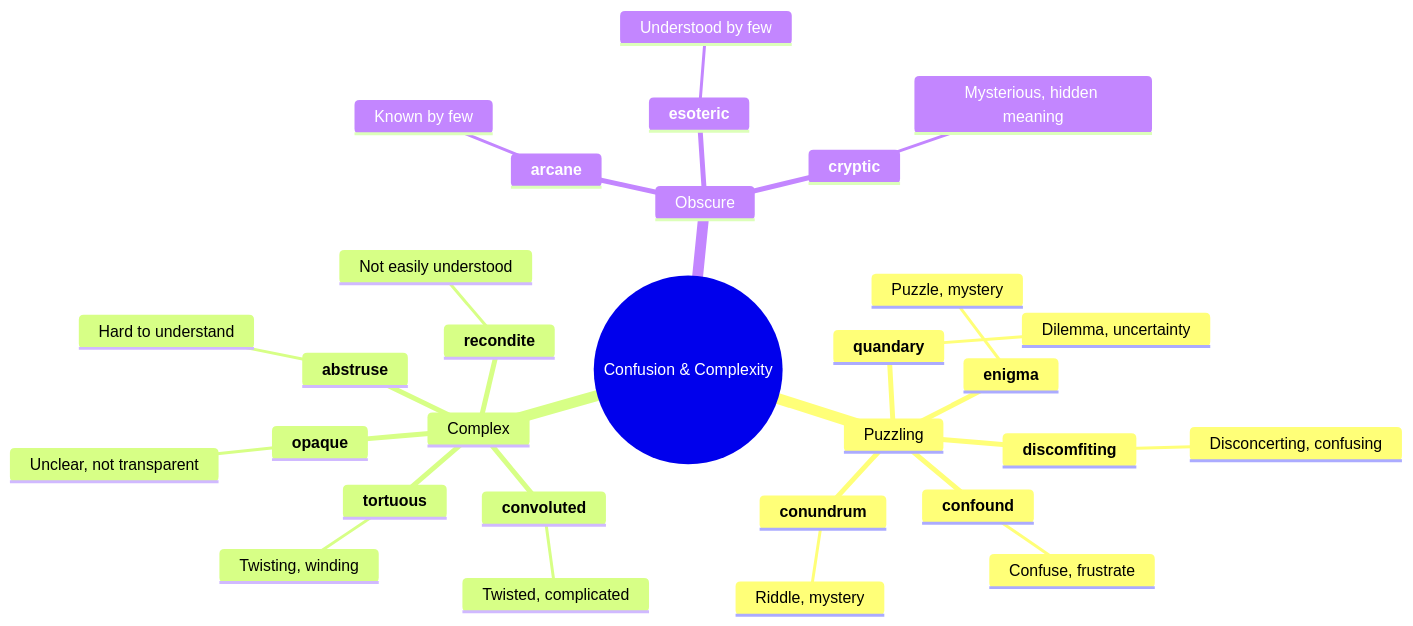
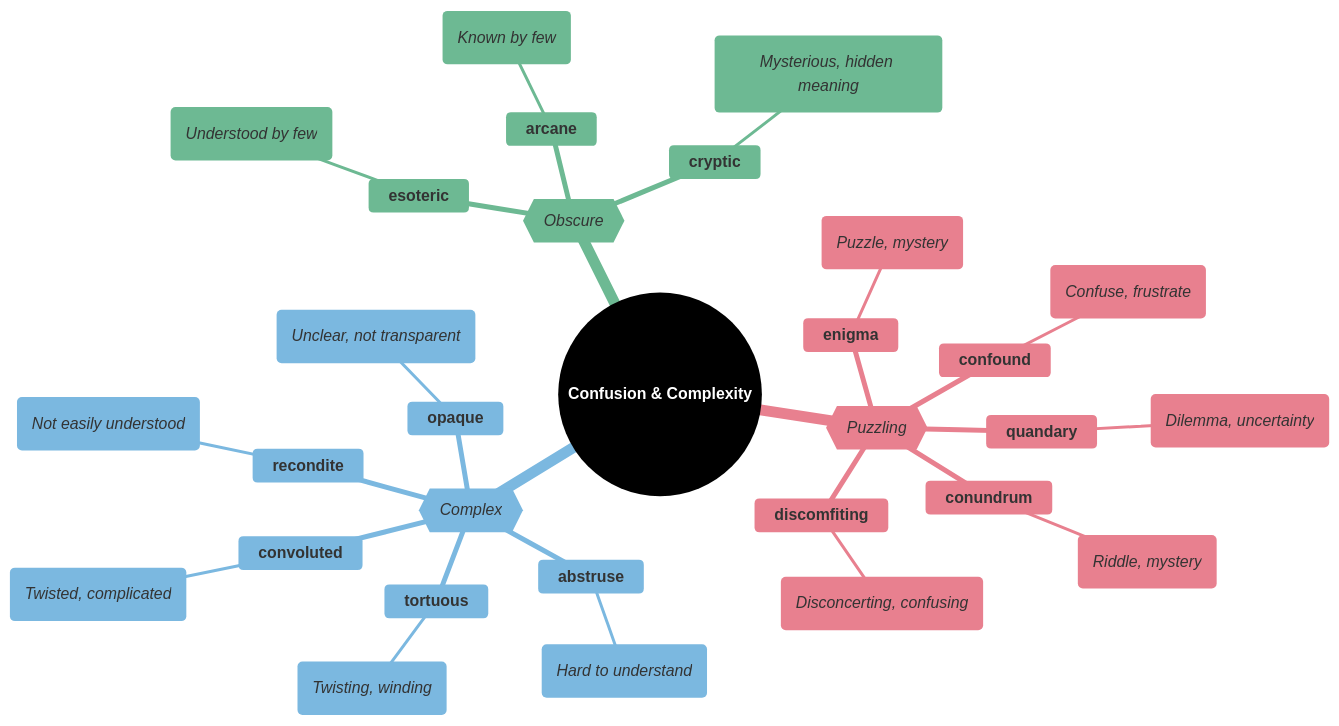
Before and after one commit to 95anantsingh/gre-preparation: the fifth of 7 diagrams in mindmaps/12-knowledge-and-ignorance.md, drawn with Mermaid. The commit also changed other lines of this file and 14 other files, not shown here.

````diff
--- a/mindmaps/12-knowledge-and-ignorance.md
+++ b/mindmaps/12-knowledge-and-ignorance.md
@@ -187,33 +317,52 @@
 ```mermaid
+%%{
+  init: {
+    "theme": "base",
+    "themeVariables": {
+      "primaryColor": "#000000",
+      "cScale1": "#e8808f",  "cScaleInv1": "#a33445",
+      "cScale2": "#7bb8e0",  "cScaleInv2": "#266a93",
+      "cScale3": "#6db993",  "cScaleInv3": "#23543f",
+      "cScale4": "#f5d07a",  "cScaleInv4": "#c4903b",
+      "cScale5": "#b08fcc",  "cScaleInv5": "#5d3b75",
+      "cScale6": "#74dace",  "cScaleInv6": "#217d72",
+      "cScale7": "#f09570",  "cScaleInv7": "#b84112",
+      "cScale8": "#8ea8c2",  "cScaleInv8": "#32465e",
+      "cScale9": "#cc7fba",  "cScaleInv9": "#7d2868",
+      "cScale10": "#c99a78", "cScaleInv10": "#7c4e32",
+      "cScale11": "#a3a3a3", "cScaleInv11": "#3d3d3d"
+    }
+  }
+}%%
 mindmap
-  root((Confusion & Complexity))
-    Puzzling
+  root((<font color=white>**Confusion & Complexity**</font>))
+    {{_Puzzling_}}
       **enigma**
-        Puzzle, mystery
+        (_Puzzle, mystery_)
       **conundrum**
-        Riddle, mystery
+        (_Riddle, mystery_)
       **quandary**
-        Dilemma, uncertainty
+        (_Dilemma, uncertainty_)
       **confound**
-        Confuse, frustrate
+        (_Confuse, frustrate_)
       **discomfiting**
-        Disconcerting, confusing
-    Complex
+        (_Disconcerting, confusing_)
+    {{_Complex_}}
       **convoluted**
-        Twisted, complicated
+        (_Twisted, complicated_)
       **tortuous**
-        Twisting, winding
+        (_Twisting, winding_)
       **recondite**
-        Not easily understood
+        (_Not easily understood_)
       **abstruse**
-        Hard to understand
+        (_Hard to understand_)
       **opaque**
-        Unclear, not transparent
-    Obscure
+        (_Unclear, not transparent_)
+    {{_Obscure_}}
       **arcane**
-        Known by few
+        (_Known by few_)
       **esoteric**
-        Understood by few
+        (_Understood by few_)
       **cryptic**
-        Mysterious, hidden meaning
+        (_Mysterious, hidden meaning_)
 ```
````
